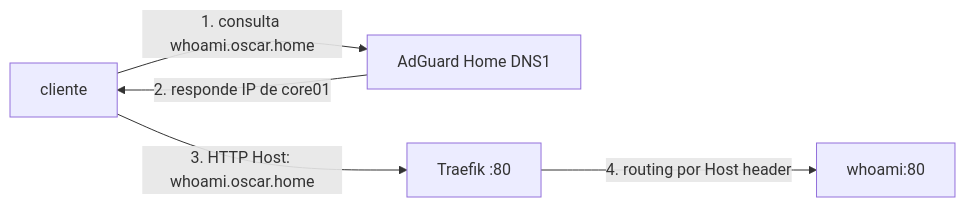
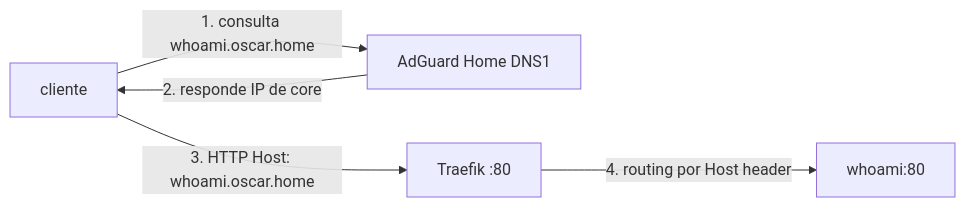
Before and after one commit to rudemex/oscar-homelab: the diagram in docs/laboratorios/03-dns-proxy.md, drawn with Mermaid. The commit also changed other lines of this file and 65 other files, not shown here.

````diff
--- a/docs/laboratorios/03-dns-proxy.md
+++ b/docs/laboratorios/03-dns-proxy.md
@@ -22,7 +22,7 @@
 ```mermaid
 flowchart LR
   Client[cliente] -->|1. consulta whoami.oscar.home| AdGuard[AdGuard Home DNS1]
-  AdGuard -->|2. responde IP de core01| Client
+  AdGuard -->|2. responde IP de core| Client
   Client -->|3. HTTP Host: whoami.oscar.home| Traefik[Traefik :80]
   Traefik -->|4. routing por Host header| Whoami[whoami:80]
 ```
````
